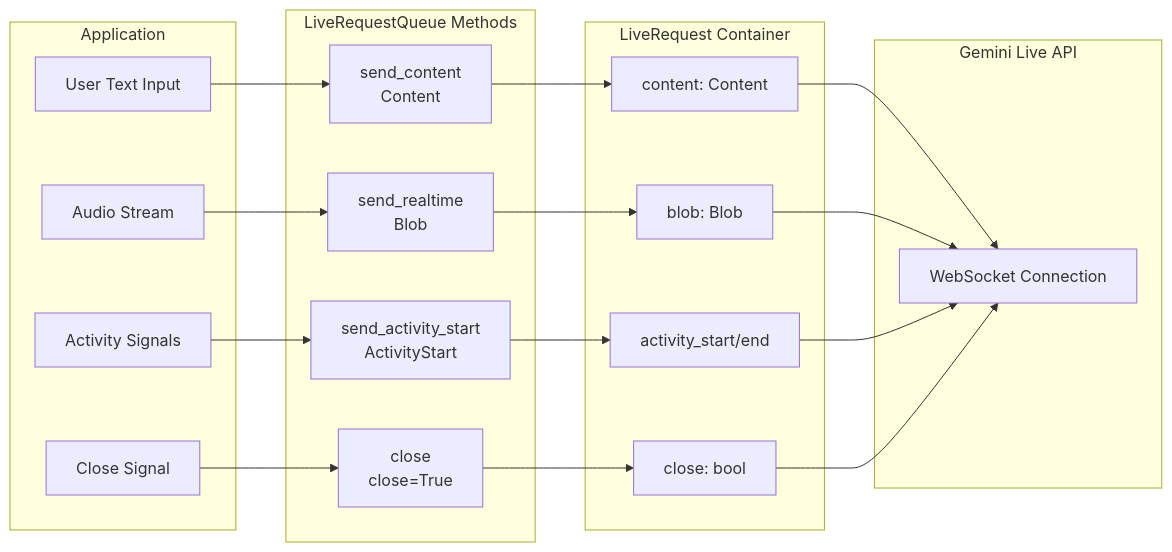
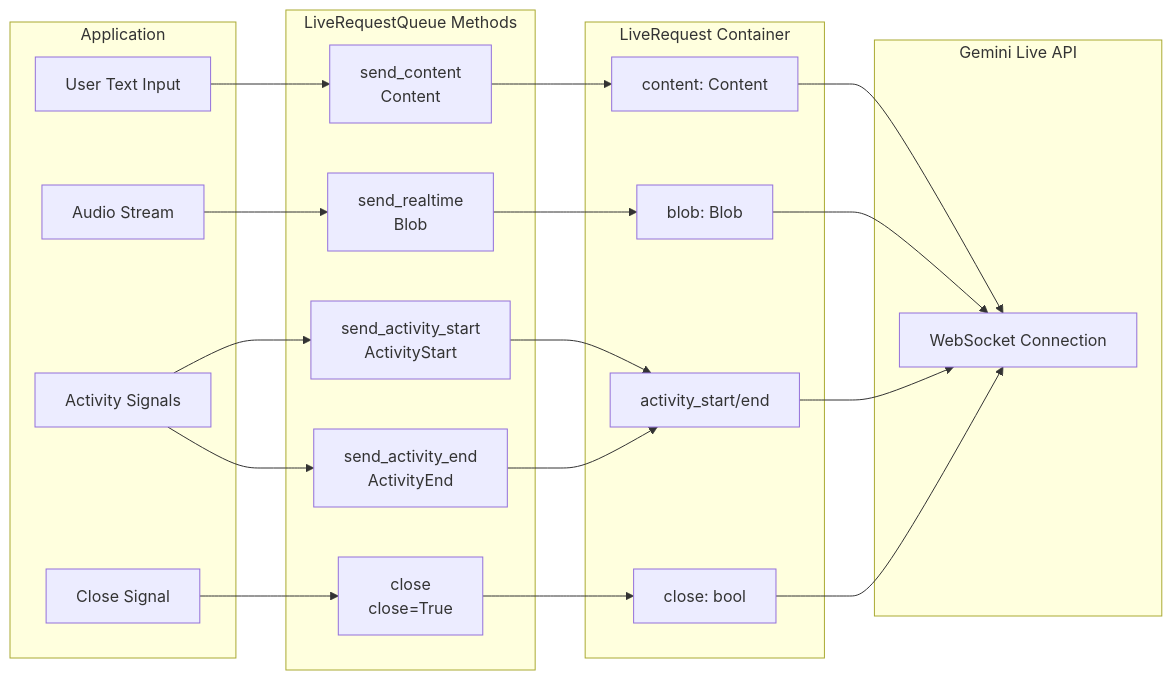
The diagram in docs/part2_live_request_queue.md (kazunori279/adk-streaming-guide), drawn with Mermaid before and after one commit. The commit also changed other lines of this file and 1 other file, not shown here.

````diff
--- a/docs/part2_live_request_queue.md
+++ b/docs/part2_live_request_queue.md
@@ -35,32 +35,34 @@
 ```mermaid
 graph LR
     subgraph "Application"
         A1[User Text Input]
         A2[Audio Stream]
         A3[Activity Signals]
         A4[Close Signal]
     end
 
     subgraph "LiveRequestQueue Methods"
         B1[send_content<br/>Content]
         B2[send_realtime<br/>Blob]
         B3[send_activity_start<br/>ActivityStart]
+        B3b[send_activity_end<br/>ActivityEnd]
         B4[close<br/>close=True]
     end
 
     subgraph "LiveRequest Container"
         C1[content: Content]
         C2[blob: Blob]
         C3[activity_start/end]
         C4[close: bool]
     end
 
     subgraph "Gemini Live API"
         D[WebSocket Connection]
     end
 
     A1 --> B1 --> C1 --> D
     A2 --> B2 --> C2 --> D
     A3 --> B3 --> C3 --> D
+    A3 --> B3b --> C3
     A4 --> B4 --> C4 --> D
 ```
````
